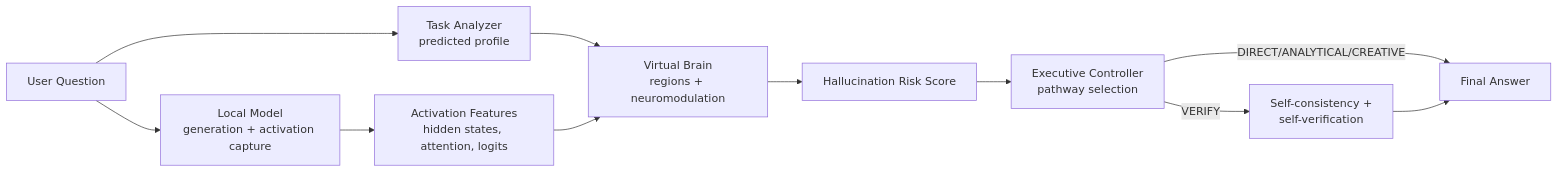
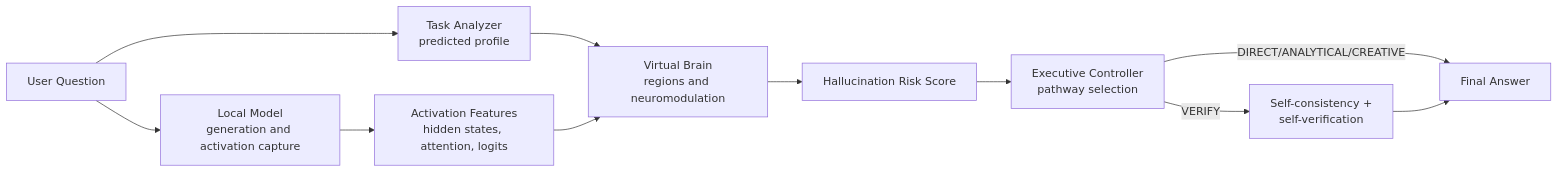
One commit to shweta-rai11/neurollm changed the diagram in README.md. Above: the diagram before and after it, drawn with Mermaid. The commit also changed other lines of this file and 50 other files, not shown here.

````diff
--- a/README.md
+++ b/README.md
@@ -40,13 +40,13 @@
 ```mermaid
 flowchart LR
     A[User Question] --> B[Task Analyzer<br/>predicted profile]
-    A --> C[Local Model<br/>generation + activation capture]
+    A --> C[Local Model<br/>generation and activation capture]
     C --> D[Activation Features<br/>hidden states, attention, logits]
-    B --> E[Virtual Brain<br/>regions + neuromodulation]
+    B --> E[Virtual Brain<br/>regions and neuromodulation]
     D --> E
     E --> F[Hallucination Risk Score]
     F --> G[Executive Controller<br/>pathway selection]
     G -->|VERIFY| H[Self-consistency +<br/>self-verification]
     G -->|DIRECT/ANALYTICAL/CREATIVE| I[Final Answer]
     H --> I
 ```
````
